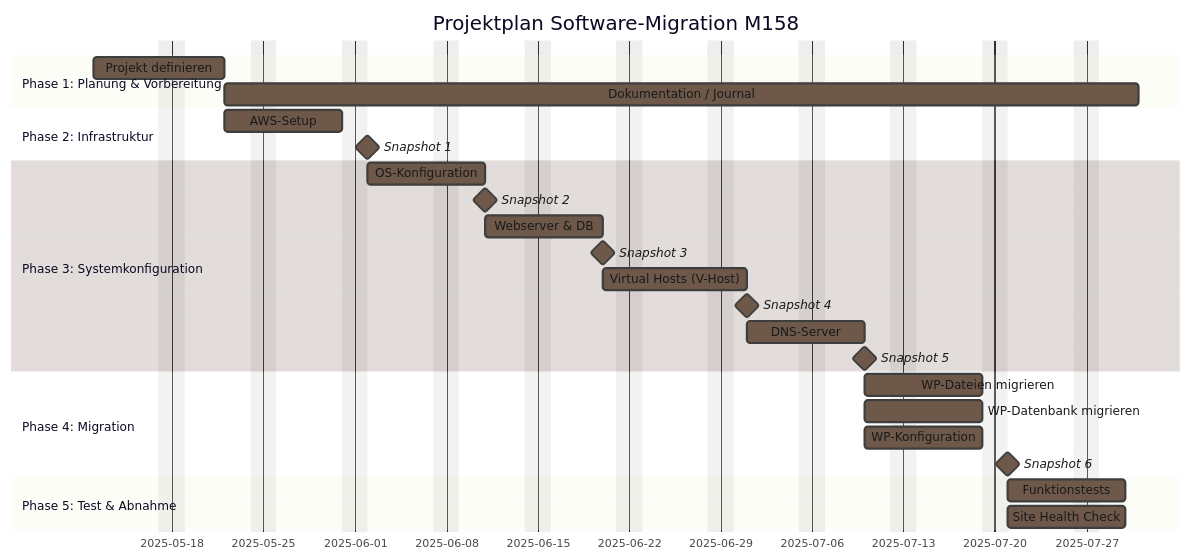
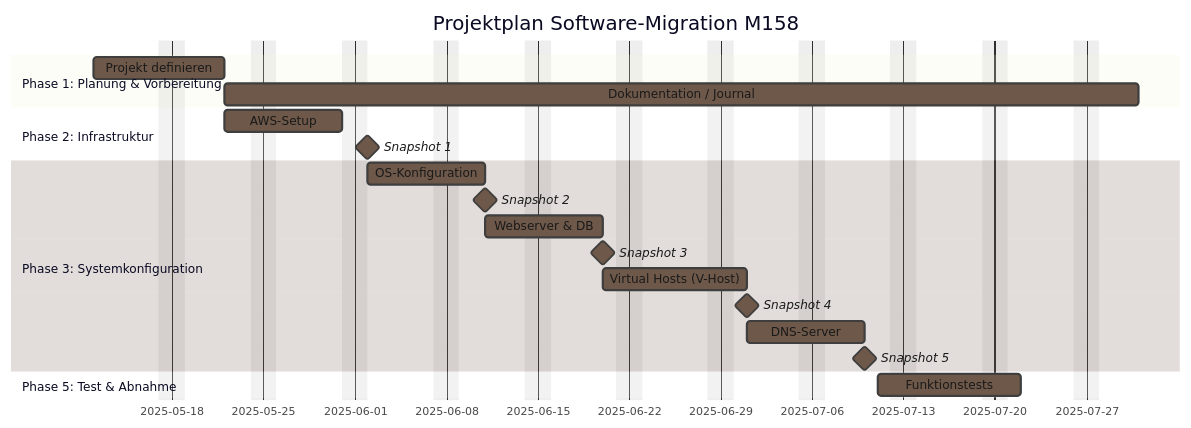
One commit to ginsonsitocoolboy/M158 changed the diagram in 01 - Dokumentation/README.md. Above: the diagram before and after it, drawn with Mermaid. The commit also changed other lines of this file and 5 other files, not shown here.

````diff
--- a/01 - Dokumentation/README.md
+++ b/01 - Dokumentation/README.md
@@ -14,58 +14,51 @@
 ```mermaid
 %%{
   init: {
     'theme': 'base',
     'themeVariables': {
       'primaryColor': '#6e5849',
       'primaryTextColor': '#ffffff',
       'primaryBorderColor': '#3e3e3e',
       'lineColor': '#556b2f',
       'secondaryColor': '#d2b48c',
       'tertiaryColor': '#f5f5dc',
       'fontSize': '16px',
       'textColor': '#1a1a1a',
       'mainBkg': '#fdfdfd',
       'nodeBorder': '#8b7355',
       'clusterBkg': '#fffaf0',
       'clusterBorder': '#a9a9a9',
       'defaultLinkColor': '#708090'
     }
   }
 }%%
 
 
 
  
 gantt
   dateFormat  DD-MM-YYYY
   title       Projektplan Software-Migration M158
   excludes    weekends
 
   section Phase 1: Planung & Vorbereitung
   Projekt definieren              :a1, 12-05-2025, 8d
   Dokumentation / Journal         :after a1, 50d
 
   section Phase 2: Infrastruktur
   AWS-Setup                       :b1, after a1, 7d
   Snapshot 1                      : milestone, after b1, 0d
 
   section Phase 3: Systemkonfiguration
   OS-Konfiguration                :c1, after b1, 7d
   Snapshot 2                      : milestone, after c1, 0d
   Webserver & DB                  :c2, after c1, 7d
   Snapshot 3                      : milestone, after c2, 0d
   Virtual Hosts (V-Host)          :c3, after c2, 7d
   Snapshot 4                      : milestone, after c3, 0d
   DNS-Server                      :c4, after c3, 7d
   Snapshot 5                      : milestone, after c4, 0d
 
-  section Phase 4: Migration
-  WP-Dateien migrieren           :d1, after c4, 7d
-  WP-Datenbank migrieren         :d2, after c4, 7d
-  WP-Konfiguration               :d3, after c4, 7d
-  Snapshot 6                     : milestone, after d3, 0d
-
   section Phase 5: Test & Abnahme
   Funktionstests                 :e1, after d3, 7d
-  Site Health Check              :e2, after d3, 7d
 ```
````
